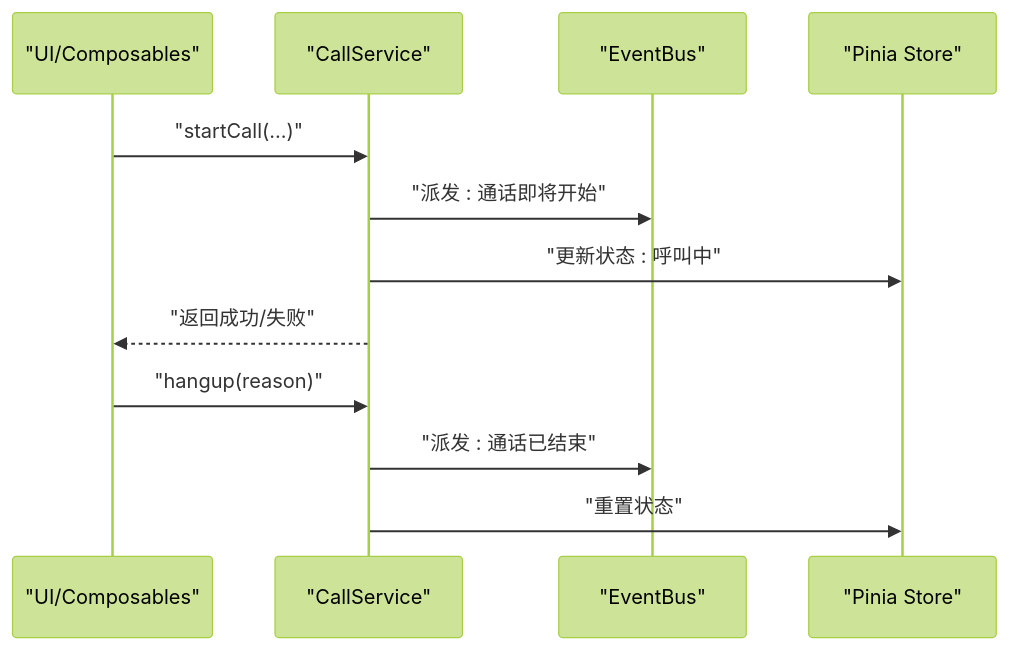
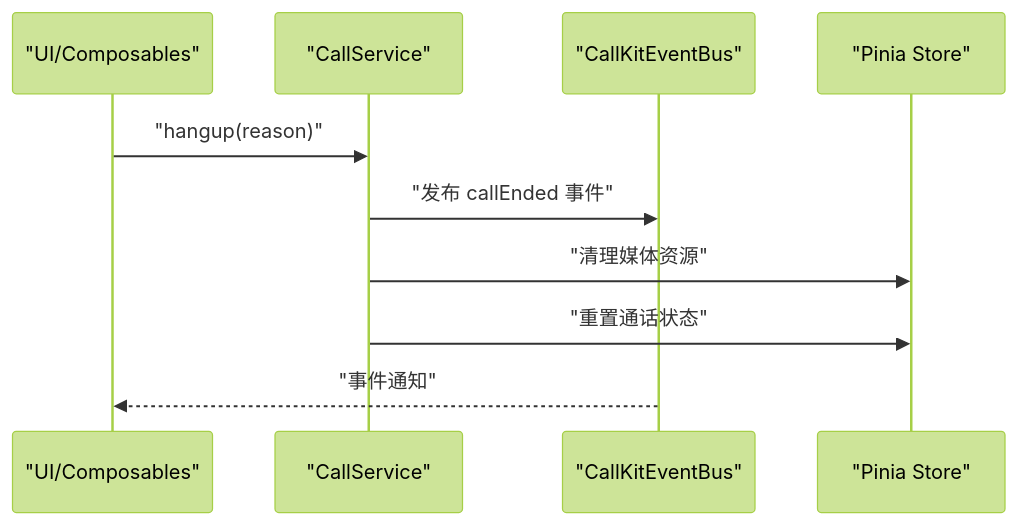
The fifth of 8 diagrams in .qoder/repowiki/zh/content/高级功能/事件监听管理.md (Easemob-Community/easemob-uikit-callkit-vue3), drawn with Mermaid (forest theme) before and after one commit. The commit also changed other lines of this file and 40 other files, not shown here.

````diff
--- a/.qoder/repowiki/zh/content/高级功能/事件监听管理.md
+++ b/.qoder/repowiki/zh/content/高级功能/事件监听管理.md
@@ -169,14 +261,12 @@
 ```mermaid
 sequenceDiagram
 participant UI as "UI/Composables"
 participant CS as "CallService"
-participant BUS as "EventBus"
+participant BUS as "CallKitEventBus"
 participant STORE as "Pinia Store"
-UI->>CS : "startCall(...)"
-CS->>BUS : "派发 : 通话即将开始"
-CS->>STORE : "更新状态 : 呼叫中"
-CS-->>UI : "返回成功/失败"
 UI->>CS : "hangup(reason)"
-CS->>BUS : "派发 : 通话已结束"
-CS->>STORE : "重置状态"
+CS->>BUS : "发布 callEnded 事件"
+CS->>STORE : "清理媒体资源"
+CS->>STORE : "重置通话状态"
+BUS-->>UI : "事件通知"
 ```
````
